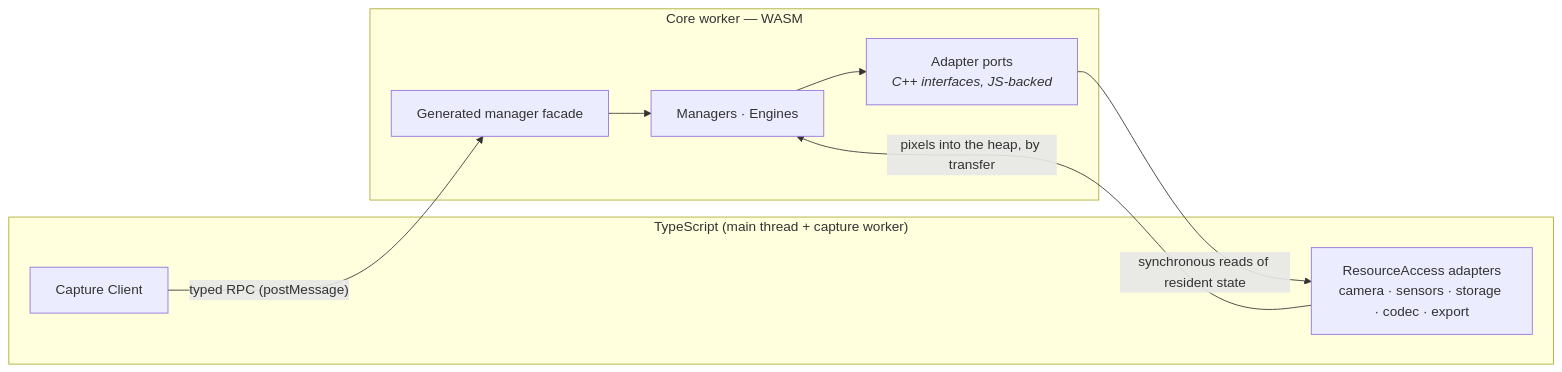
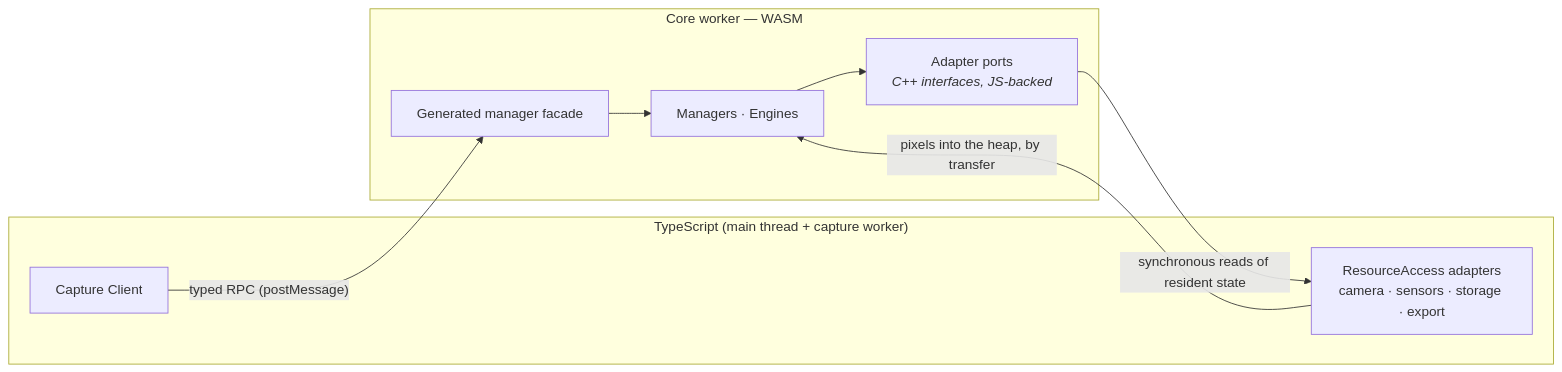
The second of 4 diagrams in docs/03-architecture.md (h3ll5ur7er/sphanorama), drawn with Mermaid before and after one commit. The commit also changed other lines of this file and 18 other files, not shown here.

````diff
--- a/docs/03-architecture.md
+++ b/docs/03-architecture.md
@@ -229,17 +229,17 @@
 ```mermaid
 flowchart LR
   subgraph JS["TypeScript (main thread + capture worker)"]
     UI["Capture Client"]
-    AD["ResourceAccess adapters<br/>camera · sensors · storage · codec · export"]
+    AD["ResourceAccess adapters<br/>camera · sensors · storage · export"]
   end
   subgraph W["Core worker — WASM"]
     FA["Generated manager facade"]
     CORE["Managers · Engines"]
     PORT["Adapter ports<br/><i>C++ interfaces, JS-backed</i>"]
   end
   UI -- "typed RPC (postMessage)" --> FA
   FA --> CORE
   CORE --> PORT
   PORT -- "synchronous reads of resident state" --> AD
   AD -- "pixels into the heap, by transfer" --> CORE
 ```
````
